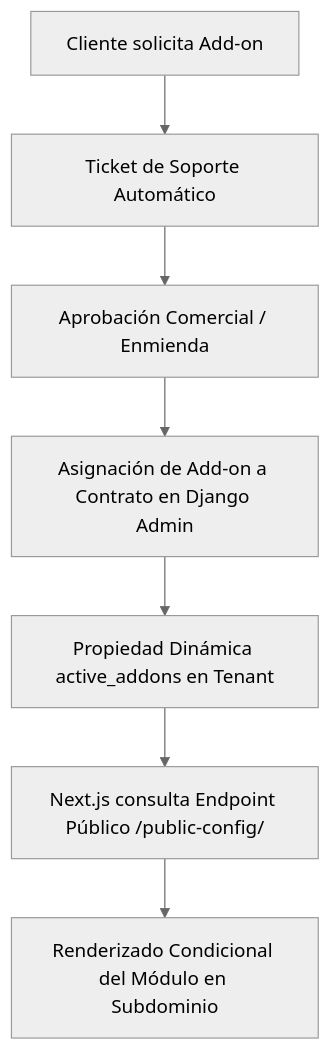
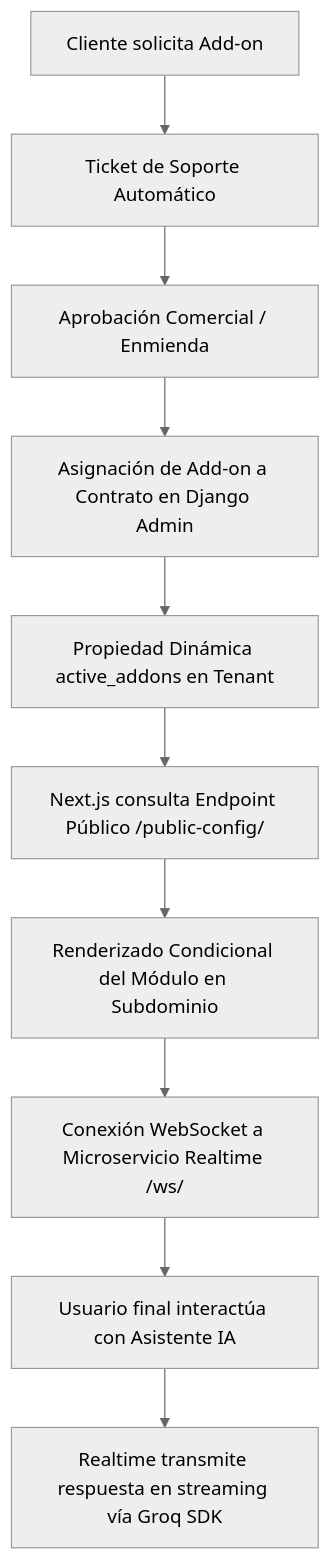
The diagram in ADDONS_README.md (Finanzasparahippies/nectarlabs), drawn with Mermaid (neutral theme) before and after one commit. The commit also changed other lines of this file and 4 other files, not shown here.

````diff
--- a/ADDONS_README.md
+++ b/ADDONS_README.md
@@ -11,9 +11,12 @@
 ```mermaid
 graph TD
     A[Cliente solicita Add-on] --> B[Ticket de Soporte Automático]
     B --> C[Aprobación Comercial / Enmienda]
     C --> D[Asignación de Add-on a Contrato en Django Admin]
     D --> E[Propiedad Dinámica active_addons en Tenant]
     E --> F[Next.js consulta Endpoint Público /public-config/]
     F --> G[Renderizado Condicional del Módulo en Subdominio]
+    G --> H[Conexión WebSocket a Microservicio Realtime /ws/]
+    H --> I[Usuario final interactúa con Asistente IA]
+    I --> J[Realtime transmite respuesta en streaming vía Groq SDK]
 ```
````
